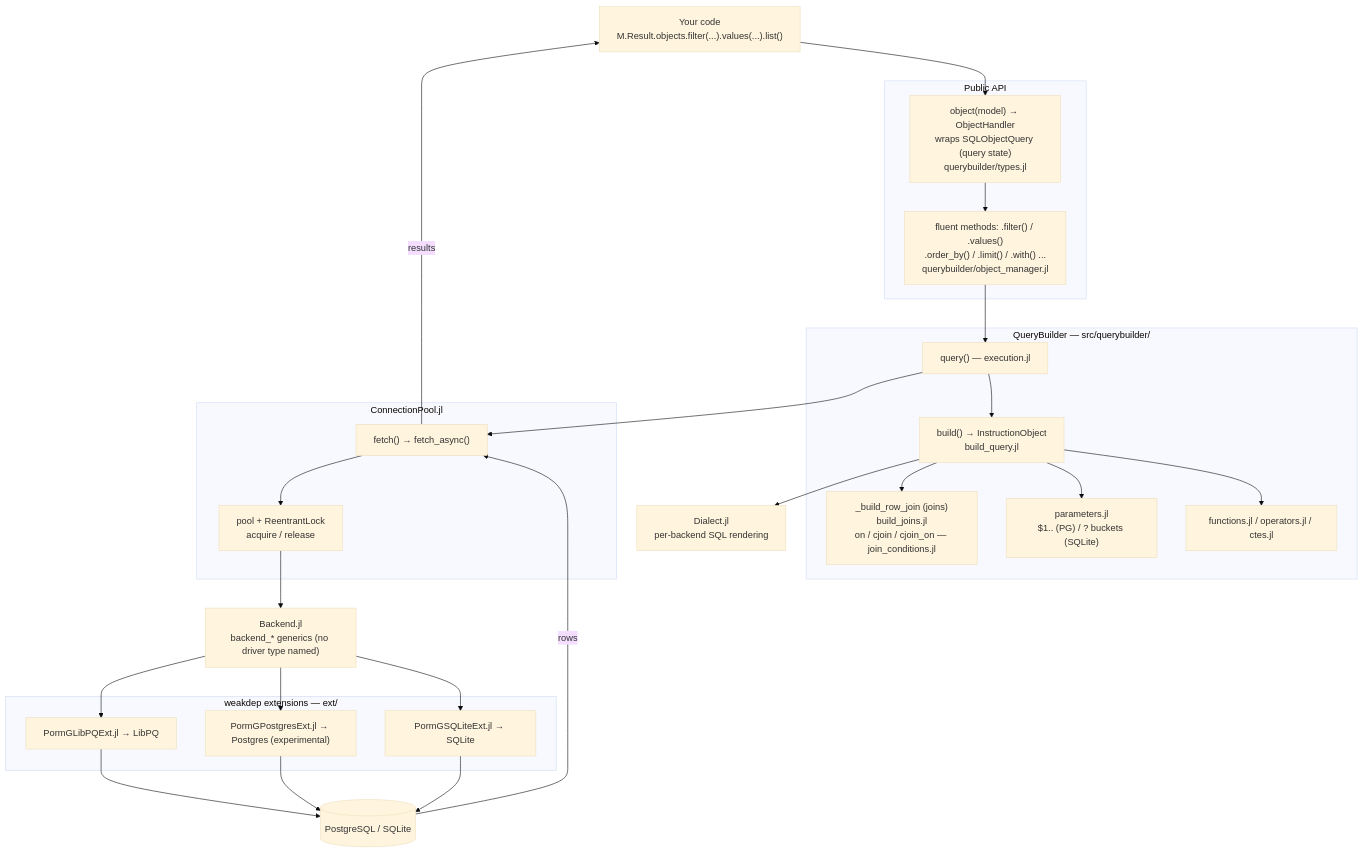
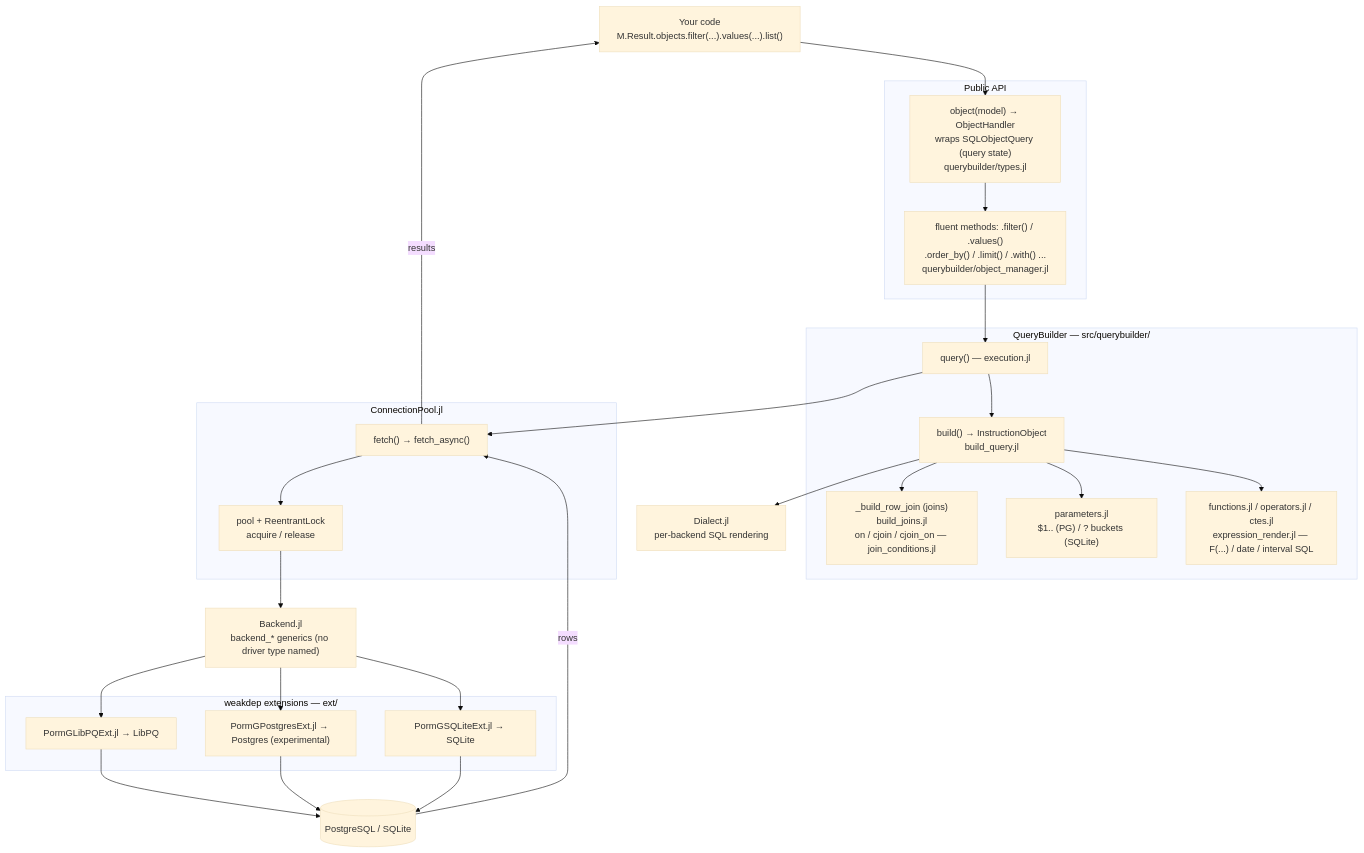
One commit to PingoLee/PormG.jl changed the first of 4 diagrams in docs/src/architecture.md. Above: the diagram before and after it, drawn with Mermaid (base theme). The commit also changed other lines of this file and 7 other files, not shown here.

````diff
--- a/docs/src/architecture.md
+++ b/docs/src/architecture.md
@@ -13,43 +13,43 @@
 ```mermaid
 flowchart TD
   U["Your code<br/>M.Result.objects.filter(...).values(...).list()"]
 
   subgraph API["Public API"]
     OBJ["object(model) → ObjectHandler<br/>wraps SQLObjectQuery (query state)<br/>querybuilder/types.jl"]
     CHAIN["fluent methods: .filter() / .values()<br/>.order_by() / .limit() / .with() ...<br/>querybuilder/object_manager.jl"]
   end
 
   subgraph QB["QueryBuilder — src/querybuilder/"]
     Q["query() — execution.jl"]
     B["build() → InstructionObject<br/>build_query.jl"]
     J["_build_row_join (joins)<br/>build_joins.jl<br/>on / cjoin / cjoin_on — join_conditions.jl"]
     P["parameters.jl<br/>$1.. (PG) / ? buckets (SQLite)"]
-    F["functions.jl / operators.jl / ctes.jl"]
+    F["functions.jl / operators.jl / ctes.jl<br/>expression_render.jl — F(...) / date / interval SQL"]
   end
 
   DI["Dialect.jl<br/>per-backend SQL rendering"]
 
   subgraph CP["ConnectionPool.jl"]
     FE["fetch() → fetch_async()"]
     POOL["pool + ReentrantLock<br/>acquire / release"]
   end
 
   BK["Backend.jl<br/>backend_* generics (no driver type named)"]
   subgraph EXT["weakdep extensions — ext/"]
     PG["PormGLibPQExt.jl → LibPQ"]
     PJ["PormGPostgresExt.jl → Postgres (experimental)"]
     SL["PormGSQLiteExt.jl → SQLite"]
   end
   DB[("PostgreSQL / SQLite")]
 
   U --> OBJ --> CHAIN --> Q --> B
   B --> J
   B --> P
   B --> F
   B --> DI
   Q --> FE --> POOL --> BK
   BK --> PG --> DB
   BK --> PJ --> DB
   BK --> SL --> DB
   DB -->|rows| FE -->|results| U
 ```
````
